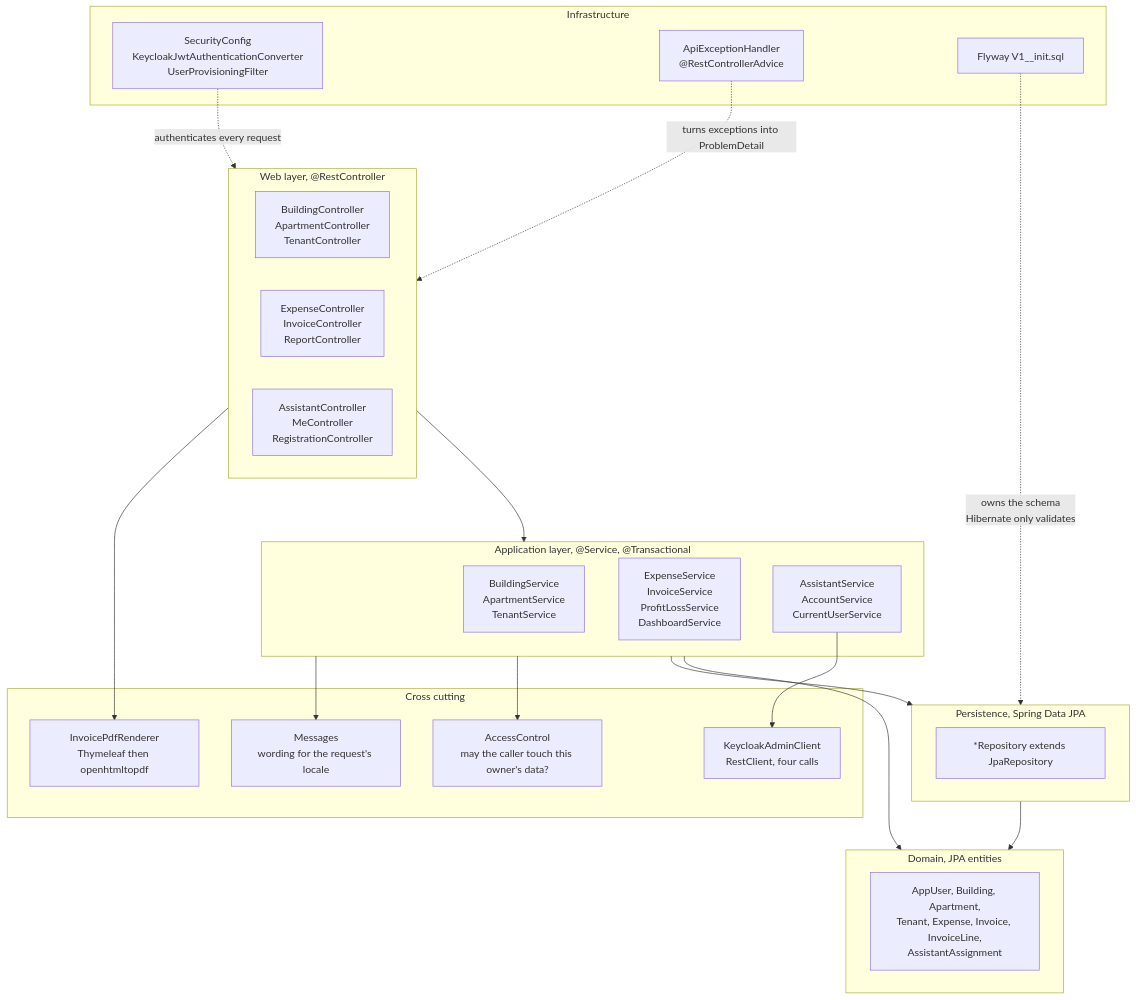
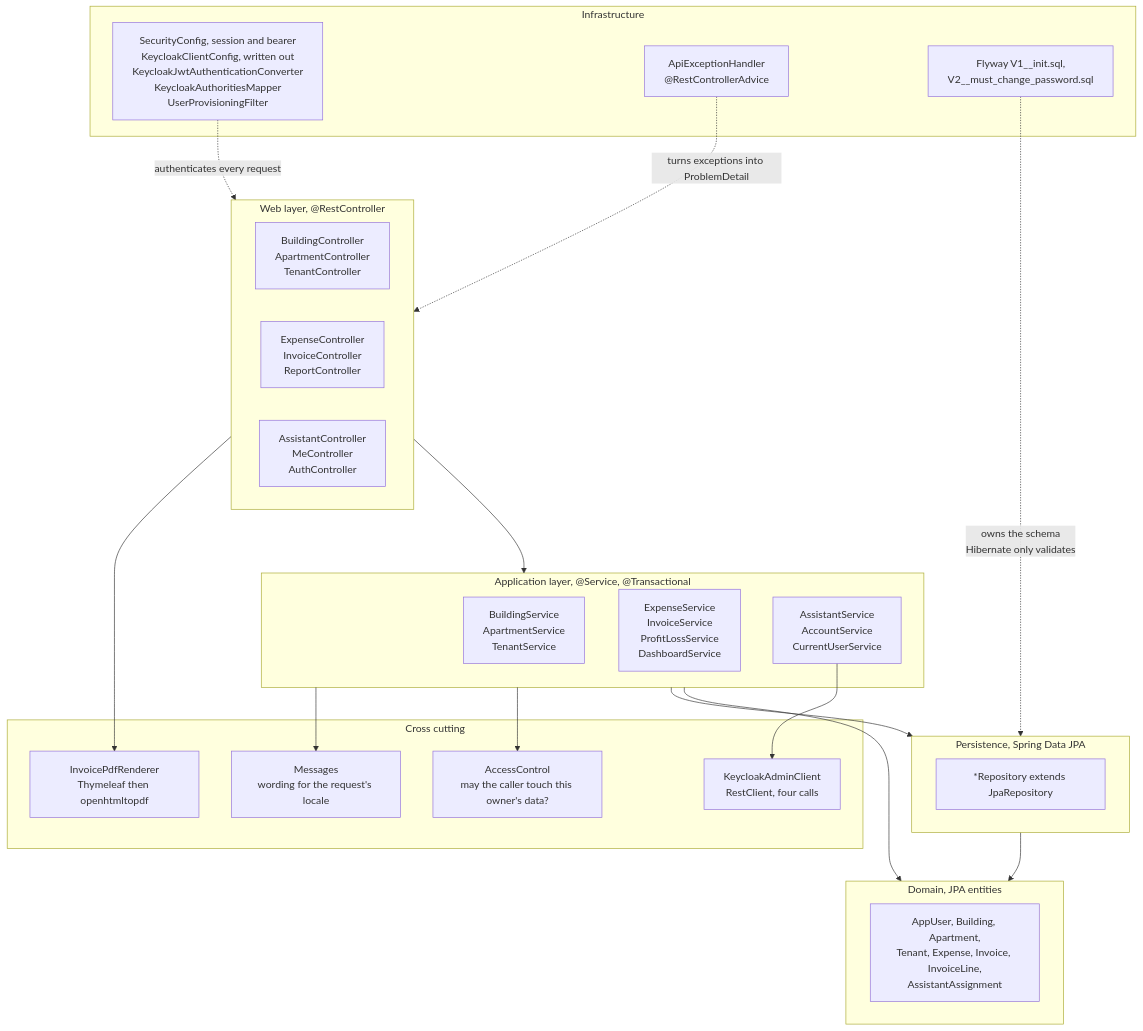
The second of 19 diagrams in docs/ARCHITECTURE_DIAGRAMS.md (stephane-nganou/building-management-systems), drawn with Mermaid before and after one commit. The commit also changed other lines of this file and 58 other files, not shown here.

````diff
--- a/docs/ARCHITECTURE_DIAGRAMS.md
+++ b/docs/ARCHITECTURE_DIAGRAMS.md
@@ -85,47 +101,47 @@
 ```mermaid
 flowchart TB
     subgraph web["Web layer, @RestController"]
         c1["BuildingController<br/>ApartmentController<br/>TenantController"]
         c2["ExpenseController<br/>InvoiceController<br/>ReportController"]
-        c3["AssistantController<br/>MeController<br/>RegistrationController"]
+        c3["AssistantController<br/>MeController<br/>AuthController"]
     end
 
     subgraph app["Application layer, @Service, @Transactional"]
         s1["BuildingService<br/>ApartmentService<br/>TenantService"]
         s2["ExpenseService<br/>InvoiceService<br/>ProfitLossService<br/>DashboardService"]
         s3["AssistantService<br/>AccountService<br/>CurrentUserService"]
     end
 
     subgraph domain["Domain, JPA entities"]
         d1["AppUser, Building, Apartment,<br/>Tenant, Expense, Invoice, InvoiceLine,<br/>AssistantAssignment"]
     end
 
     subgraph data["Persistence, Spring Data JPA"]
         r1["*Repository extends JpaRepository"]
     end
 
     subgraph cross["Cross cutting"]
         ac["AccessControl<br/>may the caller touch this owner's data?"]
         msg["Messages<br/>wording for the request's locale"]
         pdf["InvoicePdfRenderer<br/>Thymeleaf then openhtmltopdf"]
         kcc["KeycloakAdminClient<br/>RestClient, four calls"]
     end
 
     subgraph infra["Infrastructure"]
-        sec["SecurityConfig<br/>KeycloakJwtAuthenticationConverter<br/>UserProvisioningFilter"]
+        sec["SecurityConfig, session and bearer<br/>KeycloakClientConfig, written out<br/>KeycloakJwtAuthenticationConverter<br/>KeycloakAuthoritiesMapper<br/>UserProvisioningFilter"]
         exh["ApiExceptionHandler<br/>@RestControllerAdvice"]
-        fly["Flyway V1__init.sql"]
+        fly["Flyway V1__init.sql,<br/>V2__must_change_password.sql"]
     end
 
     web --> app
     app --> domain
     app --> data
     data --> domain
     app --> ac
     app --> msg
     web --> pdf
     s3 --> kcc
     sec -.->|"authenticates every request"| web
     exh -.->|"turns exceptions into ProblemDetail"| web
     fly -.->|"owns the schema<br/>Hibernate only validates"| data
 ```
````
